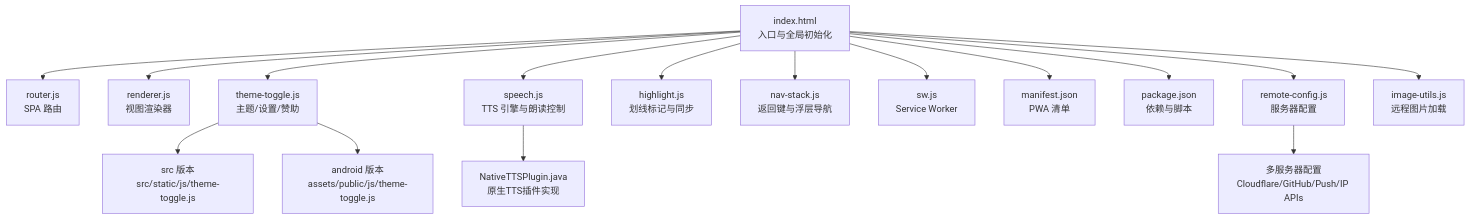
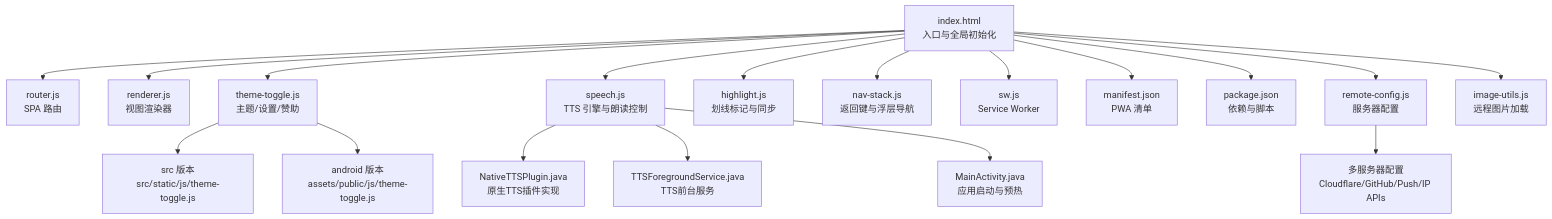
Before and after one commit to zhao-zg/cx: the first of 12 diagrams in .qoder/repowiki/zh/content/高级功能/前端功能.md, drawn with Mermaid. The commit also changed other lines of this file and 30 other files, not shown here.

````diff
--- a/.qoder/repowiki/zh/content/高级功能/前端功能.md
+++ b/.qoder/repowiki/zh/content/高级功能/前端功能.md
@@ -63,18 +66,20 @@
 ```mermaid
 graph TB
 A["index.html<br/>入口与全局初始化"] --> B["router.js<br/>SPA 路由"]
 A --> C["renderer.js<br/>视图渲染器"]
 A --> D["theme-toggle.js<br/>主题/设置/赞助"]
 A --> E["speech.js<br/>TTS 引擎与朗读控制"]
 A --> F["highlight.js<br/>划线标记与同步"]
 A --> G["nav-stack.js<br/>返回键与浮层导航"]
 A --> H["sw.js<br/>Service Worker"]
 A --> I["manifest.json<br/>PWA 清单"]
 A --> J["package.json<br/>依赖与脚本"]
 A --> K["remote-config.js<br/>服务器配置"]
 A --> L["image-utils.js<br/>远程图片加载"]
 D --> M["src 版本<br/>src/static/js/theme-toggle.js"]
 D --> N["android 版本<br/>assets/public/js/theme-toggle.js"]
 K --> O["多服务器配置<br/>Cloudflare/GitHub/Push/IP APIs"]
 E --> P["NativeTTSPlugin.java<br/>原生TTS插件实现"]
+E --> Q["TTSForegroundService.java<br/>TTS前台服务"]
+E --> R["MainActivity.java<br/>应用启动与预热"]
 ```
````
